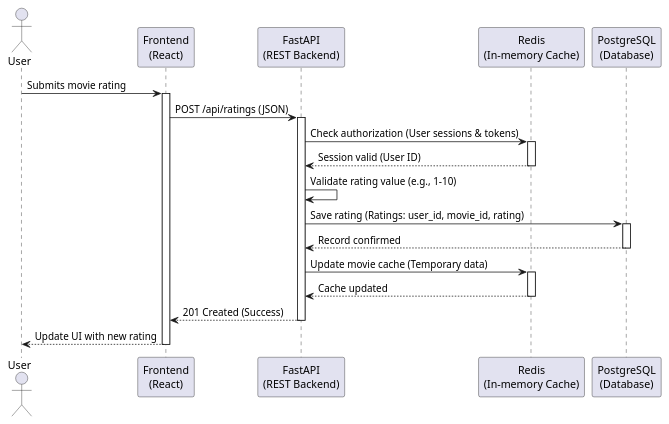
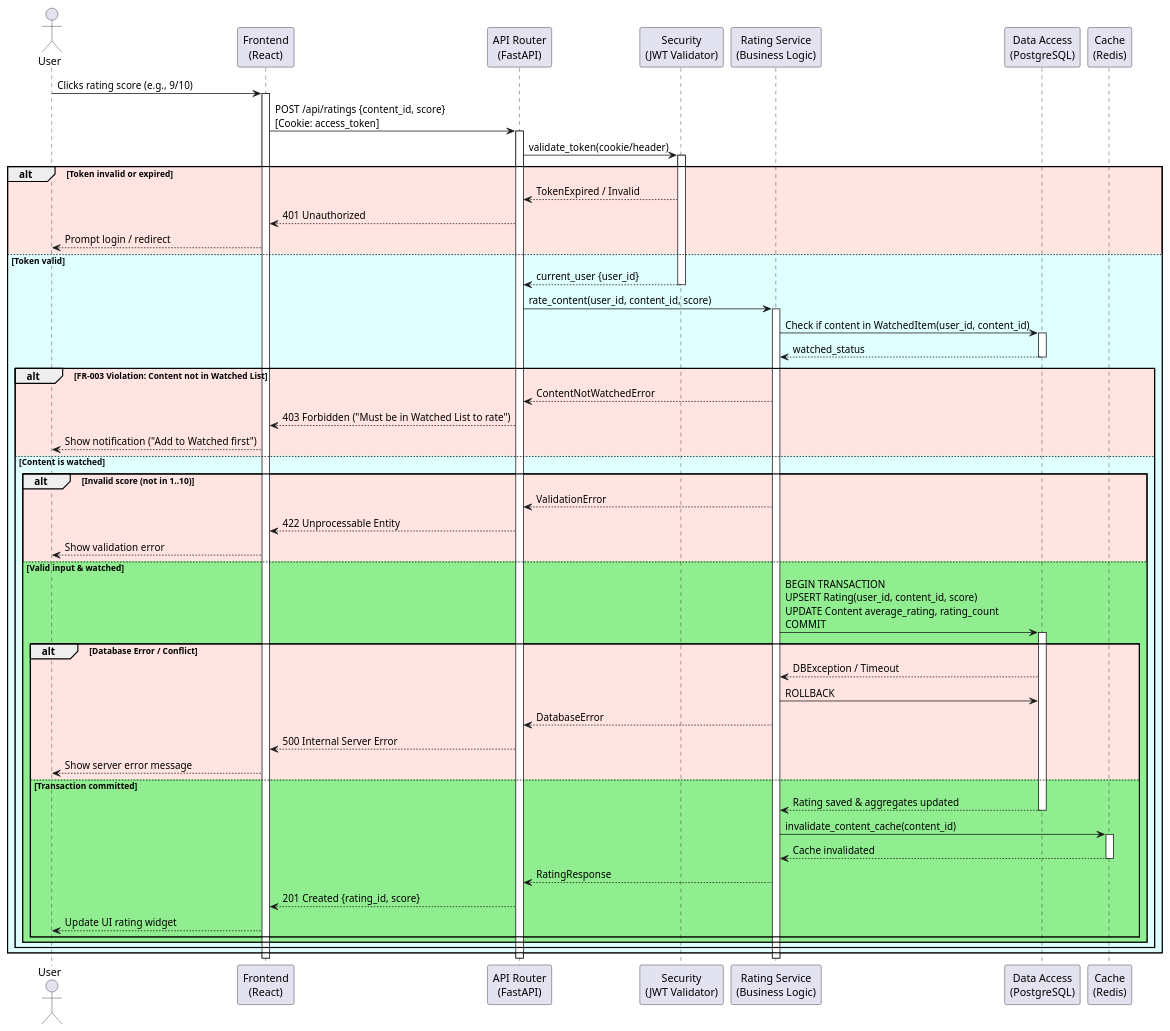
The diagram in docs/architecture/uml/sequence-diagram.puml (ukma-fin-ssdm-2026/ctrl-alt-defeat), drawn with PlantUML before and after one commit. The commit also changed 12 other files, not shown here.

Commit message:
docs: address lab 3 feedback across architecture, diagrams, and data model

```diff
--- a/docs/architecture/uml/sequence-diagram.puml
+++ b/docs/architecture/uml/sequence-diagram.puml
@@ -1,36 +1,71 @@
 @startuml
 actor "User" as User
 participant "Frontend\n(React)" as UI
-participant "FastAPI\n(REST Backend)" as API
-participant "Redis\n(In-memory Cache)" as Cache
-participant "PostgreSQL\n(Database)" as DB
+participant "API Router\n(FastAPI)" as Router
+participant "Security\n(JWT Validator)" as Sec
+participant "Rating Service\n(Business Logic)" as Service
+participant "Data Access\n(PostgreSQL)" as DB
+participant "Cache\n(Redis)" as Cache
 
-User -> UI : Submits movie rating
+User -> UI : Clicks rating score (e.g., 9/10)
 activate UI
 
-UI -> API : POST /api/ratings (JSON)
-activate API
+UI -> Router : POST /api/ratings {content_id, score}\n[Cookie: access_token]
+activate Router
 
-API -> Cache : Check authorization (User sessions & tokens)
-activate Cache
-Cache --> API : Session valid (User ID)
-deactivate Cache
+Router -> Sec : validate_token(cookie/header)
+activate Sec
+alt #MistyRose Token invalid or expired
+    Sec --> Router : TokenExpired / Invalid
+    Router --> UI : 401 Unauthorized
+    UI --> User : Prompt login / redirect
+else #LightCyan Token valid
+    Sec --> Router : current_user {user_id}
+    deactivate Sec
 
-API -> API : Validate rating value (e.g., 1-10)
+    Router -> Service : rate_content(user_id, content_id, score)
+    activate Service
 
-API -> DB : Save rating (Ratings: user_id, movie_id, rating)
-activate DB
-DB --> API : Record confirmed
-deactivate DB
+    Service -> DB : Check if content in WatchedItem(user_id, content_id)
+    activate DB
+    DB --> Service : watched_status
+    deactivate DB
 
-API -> Cache : Update movie cache (Temporary data)
-activate Cache
-Cache --> API : Cache updated
-deactivate Cache
+    alt #MistyRose FR-003 Violation: Content not in Watched List
+        Service --> Router : ContentNotWatchedError
+        Router --> UI : 403 Forbidden ("Must be in Watched List to rate")
+        UI --> User : Show notification ("Add to Watched first")
+    else #LightCyan Content is watched
+        alt #MistyRose Invalid score (not in 1..10)
+            Service --> Router : ValidationError
+            Router --> UI : 422 Unprocessable Entity
+            UI --> User : Show validation error
+        else #LightGreen Valid input & watched
+            Service -> DB : BEGIN TRANSACTION\nUPSERT Rating(user_id, content_id, score)\nUPDATE Content average_rating, rating_count\nCOMMIT
+            activate DB
+            alt #MistyRose Database Error / Conflict
+                DB --> Service : DBException / Timeout
+                Service -> DB : ROLLBACK
+                Service --> Router : DatabaseError
+                Router --> UI : 500 Internal Server Error
+                UI --> User : Show server error message
+            else #LightGreen Transaction committed
+                DB --> Service : Rating saved & aggregates updated
+                deactivate DB
 
-API --> UI : 201 Created (Success)
-deactivate API
+                Service -> Cache : invalidate_content_cache(content_id)
+                activate Cache
+                Cache --> Service : Cache invalidated
+                deactivate Cache
 
-UI --> User : Update UI with new rating
+                Service --> Router : RatingResponse
+                Router --> UI : 201 Created {rating_id, score}
+                UI --> User : Update UI rating widget
+            end
+        end
+    end
+end
+deactivate Service
+deactivate Router
 deactivate UI
 @enduml
```
